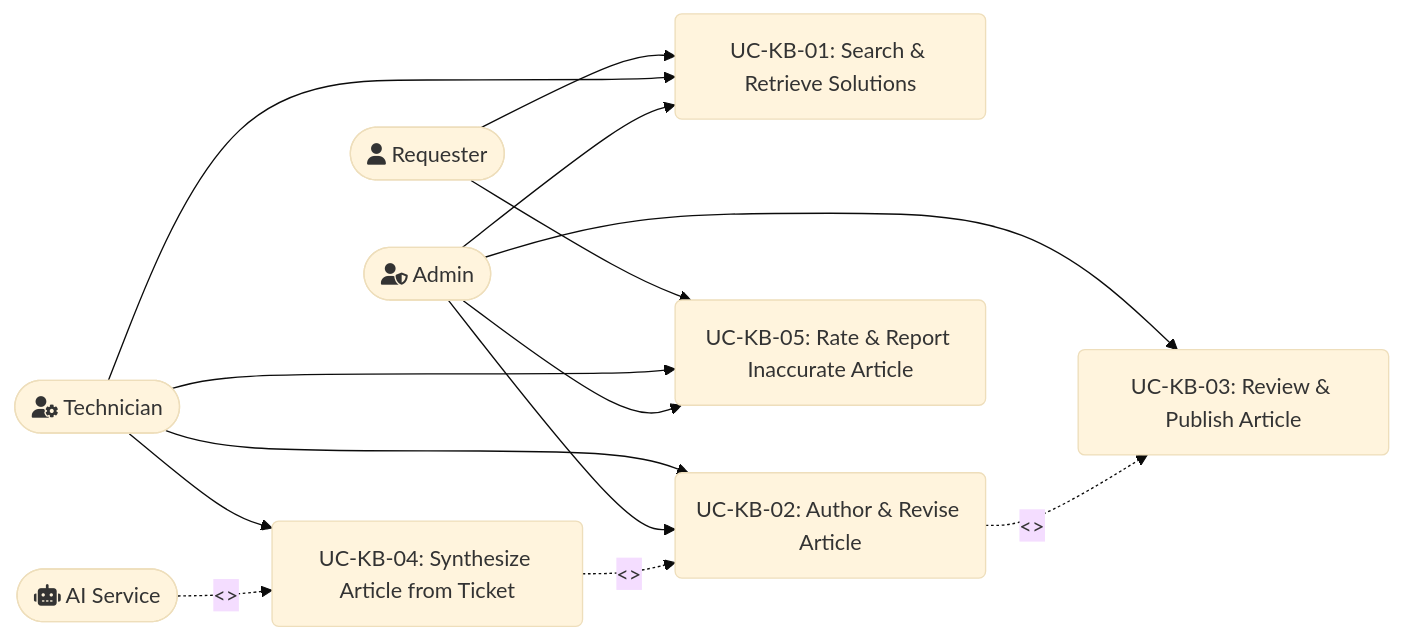
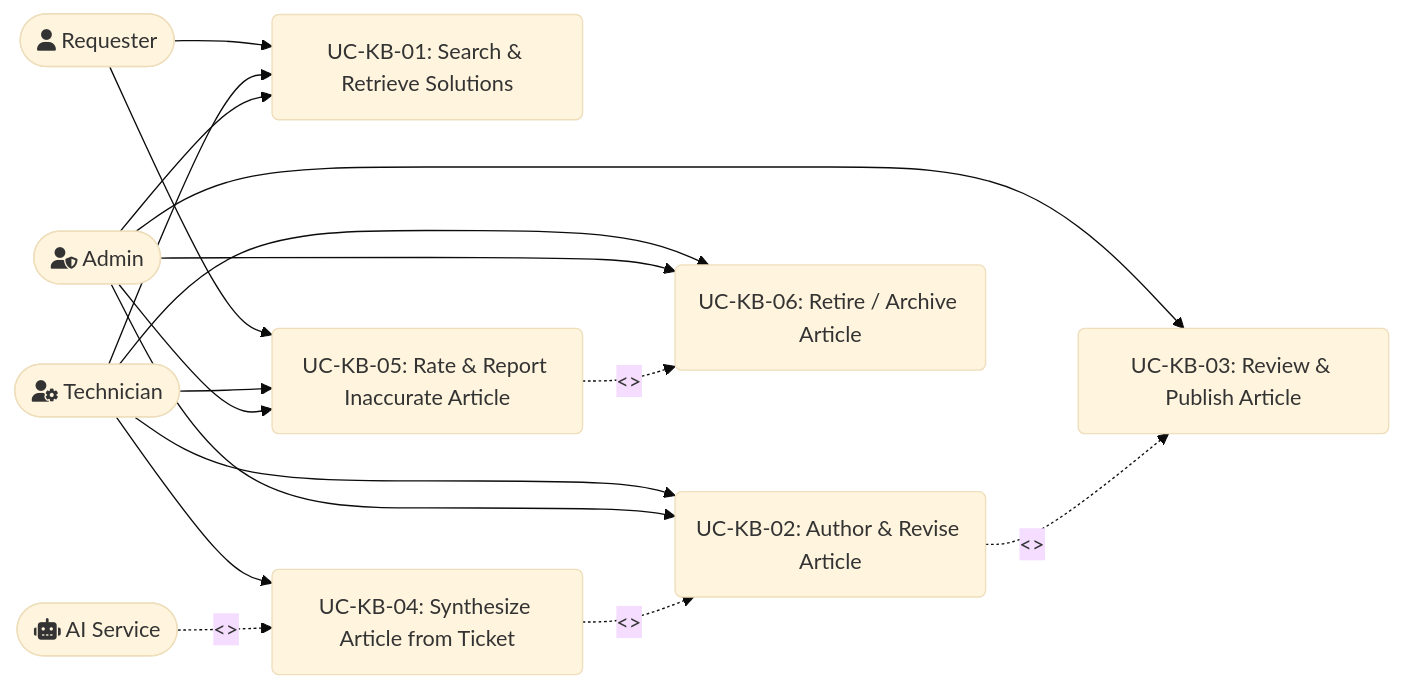
The diagram in docs/f06-knowledge-base/03-use-cases.md (Akaza-ban/Fable), drawn with Mermaid (base theme) before and after one commit. The commit also changed other lines of this file and 4 other files, not shown here.

Commit message:
docs(f06): finalize knowledge base mindmap, user stories, use cases, and IA

````diff
--- a/docs/f06-knowledge-base/03-use-cases.md
+++ b/docs/f06-knowledge-base/03-use-cases.md
@@ -27,30 +27,34 @@
 ```mermaid
 flowchart LR
     User([fa:fa-user Requester])
     Tech([fa:fa-user-gear Technician])
     Admin([fa:fa-user-shield Admin])
     AI([fa:fa-robot AI Service])
 
     UC1(UC-KB-01: Search & Retrieve Solutions)
     UC2(UC-KB-02: Author & Revise Article)
     UC3(UC-KB-03: Review & Publish Article)
     UC4(UC-KB-04: Synthesize Article from Ticket)
     UC5(UC-KB-05: Rate & Report Inaccurate Article)
+    UC6(UC-KB-06: Retire / Archive Article)
 
     User --> UC1
     User --> UC5
 
     Tech --> UC1
     Tech --> UC2
     Tech --> UC4
     Tech --> UC5
+    Tech --> UC6
 
     Admin --> UC1
     Admin --> UC2
     Admin --> UC3
     Admin --> UC5
+    Admin --> UC6
 
     AI -.->|<<trigger & assist>>| UC4
     UC4 -.->|<<extend>>| UC2
     UC2 -.->|<<requires>>| UC3
+    UC5 -.->|<<triggers maintenance>>| UC6
 ```
````
